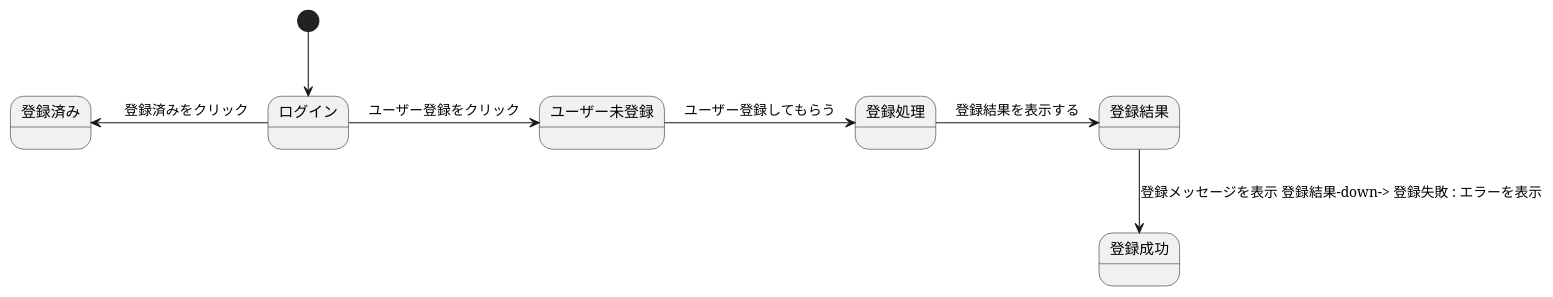
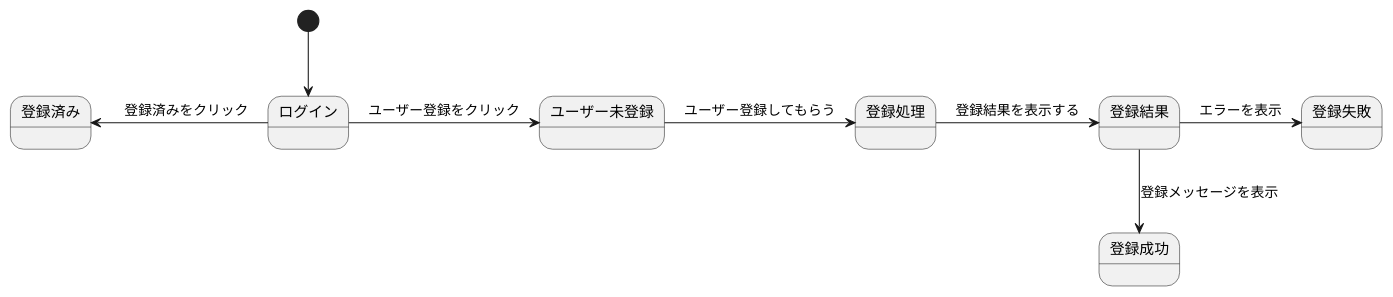
The diagram in b.md (Aso2001196/2021sys-design), drawn with PlantUML before and after one commit.

````diff
--- a/b.md
+++ b/b.md
@@ -1,10 +1,11 @@
 ```uml
 @startuml
 [*]-->ログイン
 ログイン-> ユーザー未登録 : ユーザー登録をクリック
 ログイン-left-> 登録済み :　登録済みをクリック
 ユーザー未登録-> 登録処理 : ユーザー登録してもらう
 登録処理-> 登録結果 : 登録結果を表示する
-登録結果-down-> 登録成功 : 登録メッセージを表示 登録結果-down-> 登録失敗 : エラーを表示
+登録結果-down-> 登録成功 : 登録メッセージを表示 
+登録結果-> 登録失敗 : エラーを表示
 @enduml
 ```
````
